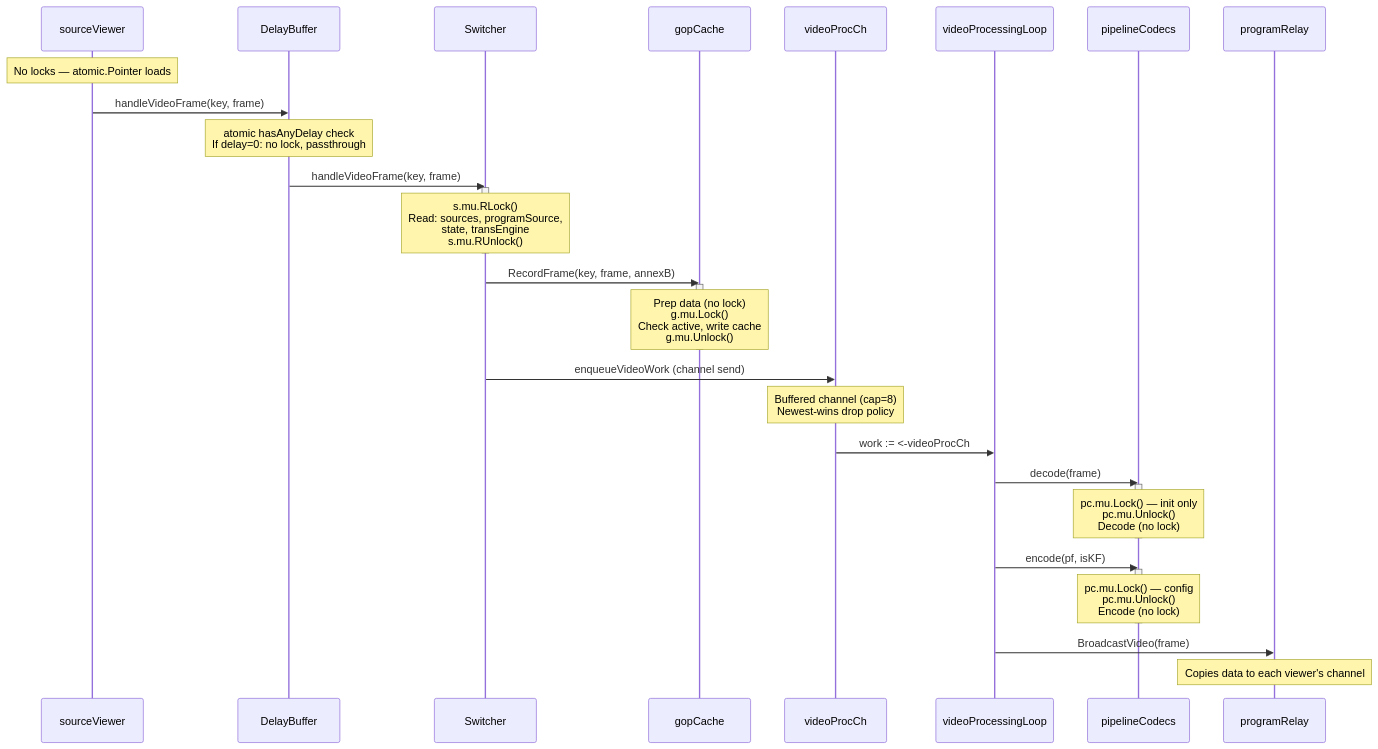
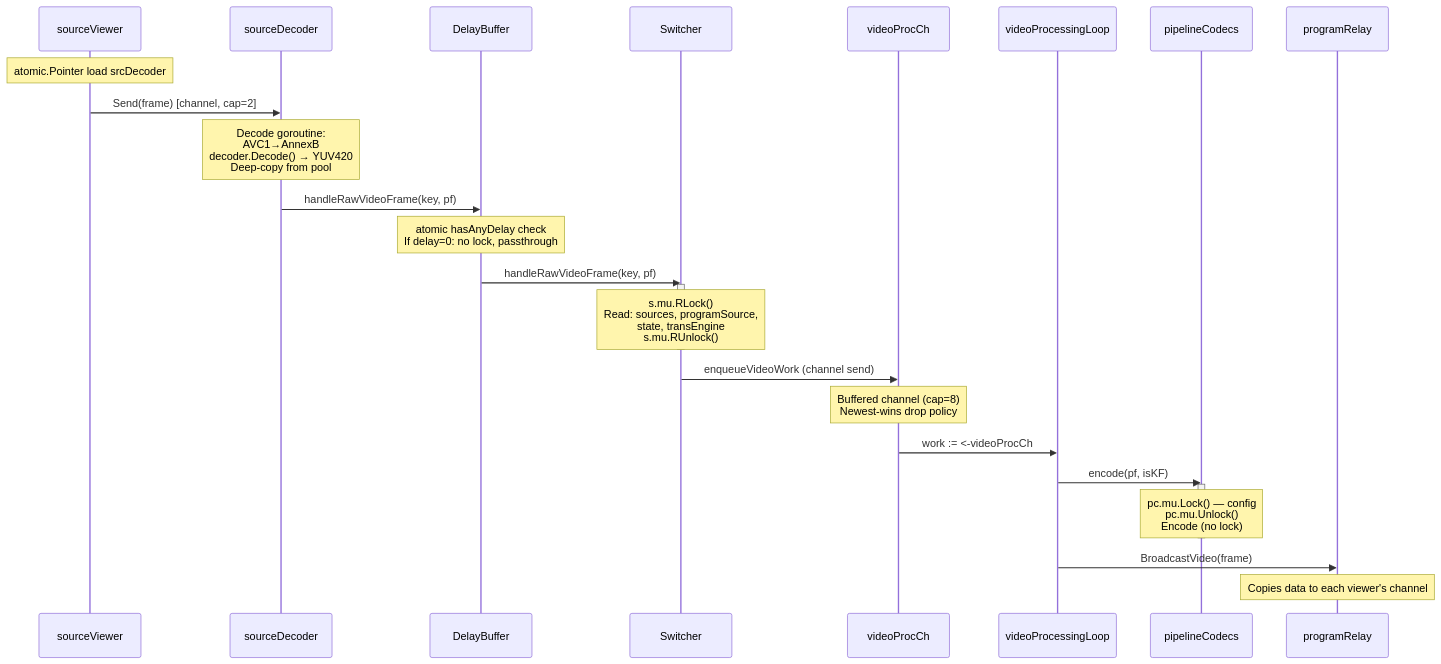
Before and after one commit to zsiec/switchframe: the second of 8 diagrams in docs/locking-and-concurrency.md, drawn with Mermaid. The commit also changed other lines of this file and 2 other files, not shown here.

First line of the commit message:
docs: update architecture and locking docs for always-decode

````diff
--- a/docs/locking-and-concurrency.md
+++ b/docs/locking-and-concurrency.md
@@ -134,42 +142,35 @@
 ```mermaid
 sequenceDiagram
     participant SV as sourceViewer
+    participant SD as sourceDecoder
     participant DB as DelayBuffer
     participant SW as Switcher
-    participant GC as gopCache
     participant CH as videoProcCh
     participant PL as videoProcessingLoop
     participant PC as pipelineCodecs
     participant PR as programRelay
 
-    Note over SV: No locks — atomic.Pointer loads
-    SV->>DB: handleVideoFrame(key, frame)
+    Note over SV: atomic.Pointer load srcDecoder
+    SV->>SD: Send(frame) [channel, cap=2]
+    Note over SD: Decode goroutine:<br/>AVC1→AnnexB<br/>decoder.Decode() → YUV420<br/>Deep-copy from pool
+
+    SD->>DB: handleRawVideoFrame(key, pf)
     Note over DB: atomic hasAnyDelay check<br/>If delay=0: no lock, passthrough
 
-    DB->>SW: handleVideoFrame(key, frame)
+    DB->>SW: handleRawVideoFrame(key, pf)
     activate SW
     Note over SW: s.mu.RLock()<br/>Read: sources, programSource,<br/>state, transEngine<br/>s.mu.RUnlock()
     deactivate SW
-
-    SW->>GC: RecordFrame(key, frame, annexB)
-    activate GC
-    Note over GC: Prep data (no lock)<br/>g.mu.Lock()<br/>Check active, write cache<br/>g.mu.Unlock()
-    deactivate GC
 
     SW->>CH: enqueueVideoWork (channel send)
     Note over CH: Buffered channel (cap=8)<br/>Newest-wins drop policy
 
     CH->>PL: work := <-videoProcCh
-    PL->>PC: decode(frame)
-    activate PC
-    Note over PC: pc.mu.Lock() — init only<br/>pc.mu.Unlock()<br/>Decode (no lock)
-    deactivate PC
-
     PL->>PC: encode(pf, isKF)
     activate PC
     Note over PC: pc.mu.Lock() — config<br/>pc.mu.Unlock()<br/>Encode (no lock)
     deactivate PC
 
     PL->>PR: BroadcastVideo(frame)
     Note over PR: Copies data to each viewer's channel
 ```
````
